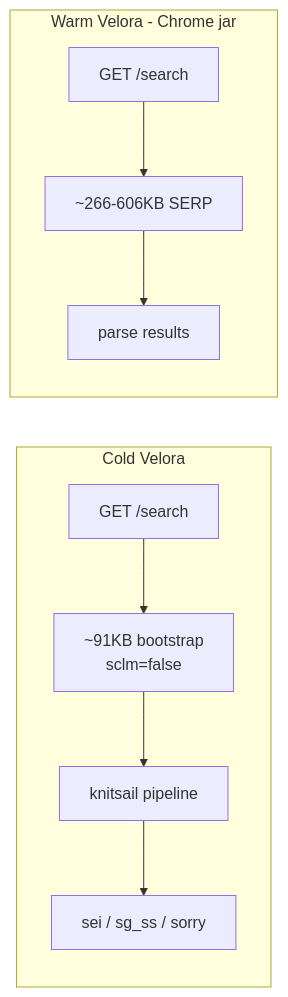
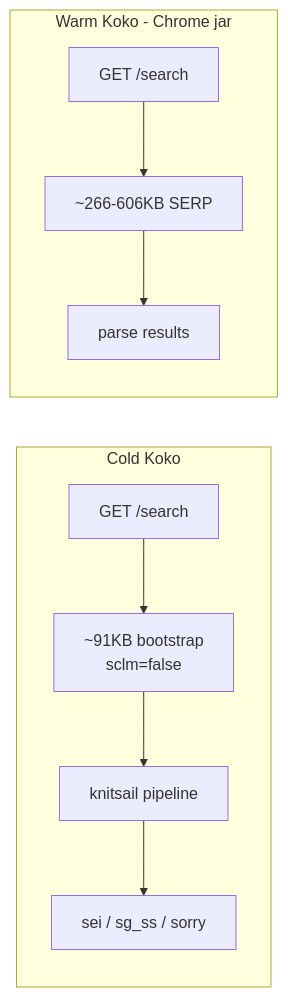
One commit to ivanUri/koko-core changed the third of 3 diagrams in knowledge/captcha/detection/google-search-investigation-journey.md. Above: the diagram before and after it, drawn with Mermaid. The commit also changed other lines of this file and 250 other files, not shown here.

Commit message:
Rename Velora to Koko and redesign persistent storage

````diff
--- a/knowledge/captcha/detection/google-search-investigation-journey.md
+++ b/knowledge/captcha/detection/google-search-investigation-journey.md
@@ -208,12 +208,12 @@
 ```mermaid
 flowchart LR
-    subgraph cold [Cold Velora]
+    subgraph cold [Cold Koko]
         A1[GET /search] --> A2["~91KB bootstrap\nsclm=false"]
         A2 --> A3[knitsail pipeline]
         A3 --> A4["sei / sg_ss / sorry"]
     end
-    subgraph warm [Warm Velora - Chrome jar]
+    subgraph warm [Warm Koko - Chrome jar]
         B1[GET /search] --> B2["~266-606KB SERP"]
         B2 --> B3[parse results]
     end
 ```
````
